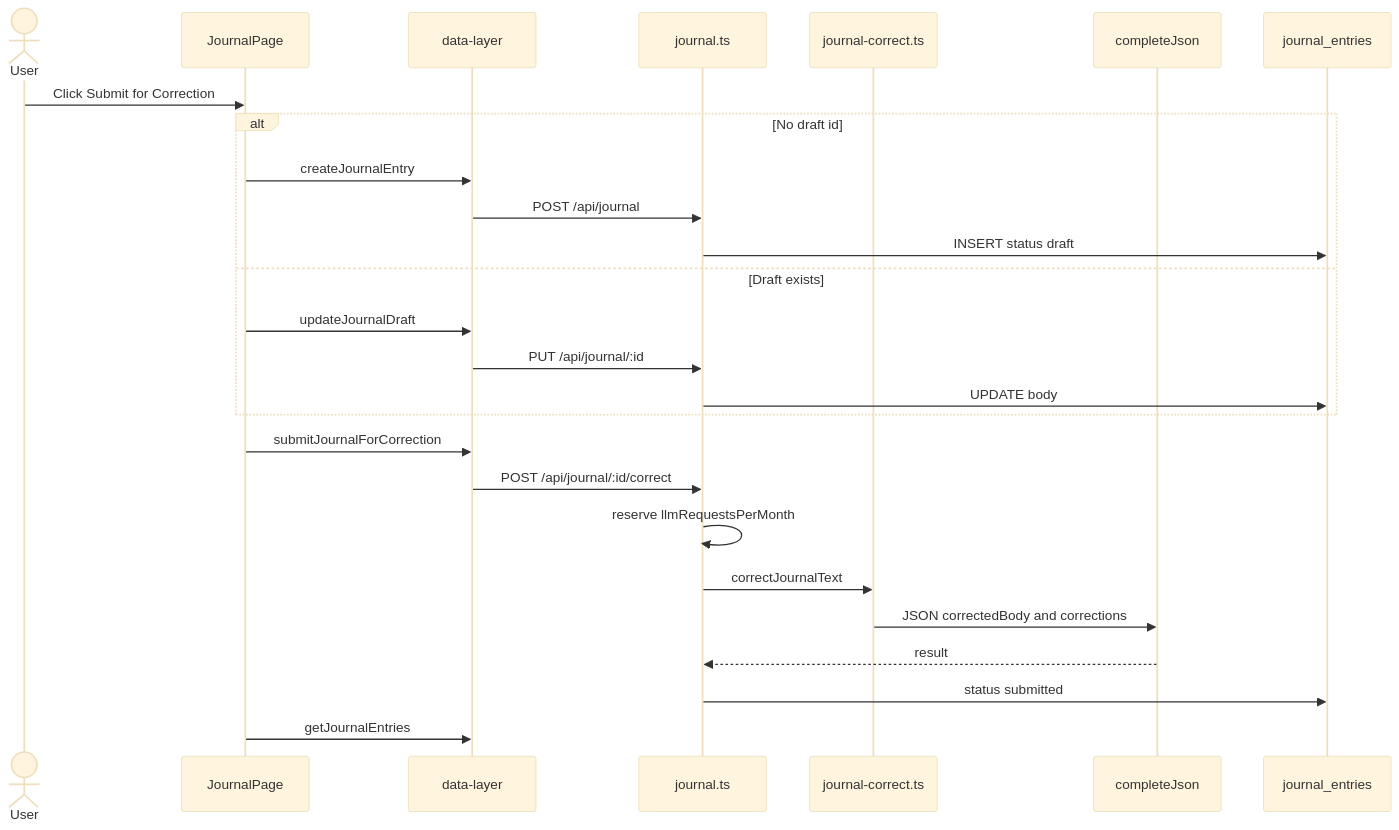
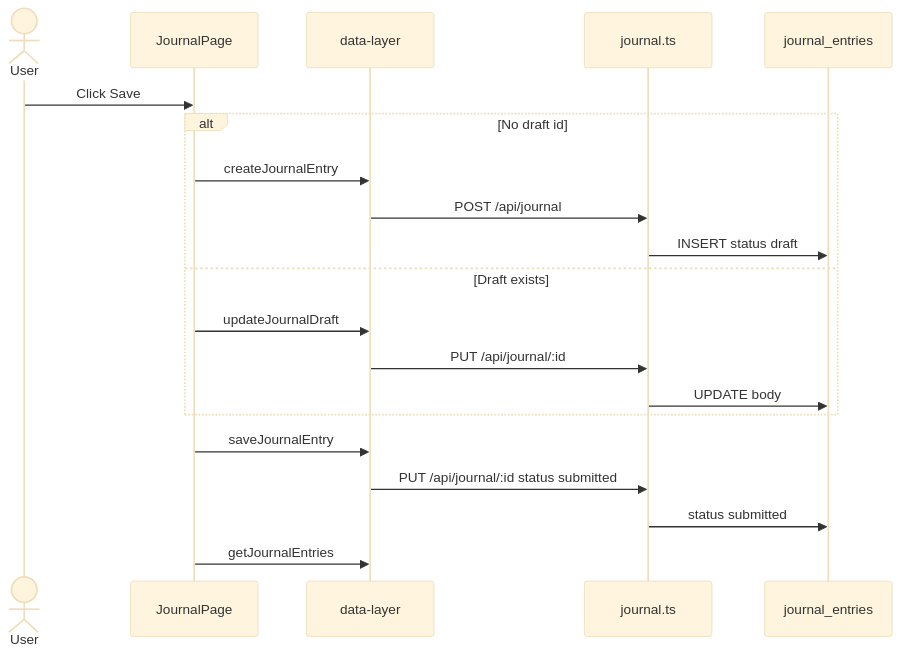
One commit to heuwels/lector changed the first of 2 diagrams in docs/flows/journal.md. Above: the diagram before and after it, drawn with Mermaid (base theme). The commit also changed other lines of this file and 32 other files, not shown here.

First line of the commit message:
feat(journal): optional correction, revisions, and word counts

````diff
--- a/docs/flows/journal.md
+++ b/docs/flows/journal.md
@@ -13,29 +13,23 @@
 ```mermaid
 sequenceDiagram
   actor User
   participant Page as JournalPage
   participant DL as data-layer
   participant API as journal.ts
-  participant Correct as journal-correct.ts
-  participant LLM as completeJson
   participant DB as journal_entries
 
-  User->>Page: Click Submit for Correction
+  User->>Page: Click Save
   alt No draft id
     Page->>DL: createJournalEntry
     DL->>API: POST /api/journal
     API->>DB: INSERT status draft
   else Draft exists
     Page->>DL: updateJournalDraft
     DL->>API: PUT /api/journal/:id
     API->>DB: UPDATE body
   end
-  Page->>DL: submitJournalForCorrection
-  DL->>API: POST /api/journal/:id/correct
-  API->>API: reserve llmRequestsPerMonth
-  API->>Correct: correctJournalText
-  Correct->>LLM: JSON correctedBody and corrections
-  LLM-->>API: result
+  Page->>DL: saveJournalEntry
+  DL->>API: PUT /api/journal/:id status submitted
   API->>DB: status submitted
   Page->>DL: getJournalEntries
 ```
````
